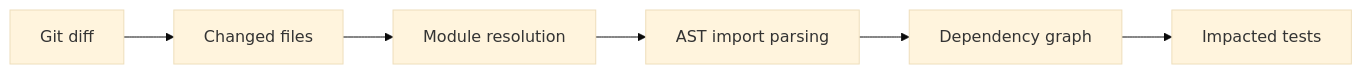
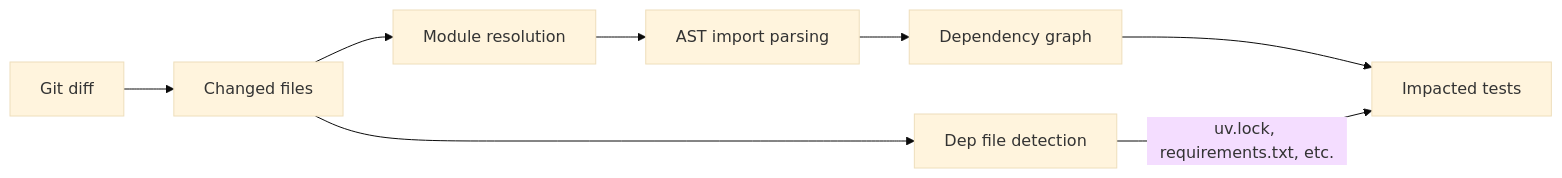
Before and after one commit to promptromp/pytest-impacted: the diagram in docs/usage.md, drawn with Mermaid (base theme). The commit also changed other lines of this file and 2 other files, not shown here.

First line of the commit message:
Fix doc references: strategy count, pipeline diagrams, config examples

````diff
--- a/docs/usage.md
+++ b/docs/usage.md
@@ -220,8 +220,10 @@
 ```mermaid
 graph LR
     A[Git diff] --> B[Changed files]
     B --> C[Module resolution]
     C --> D[AST import parsing]
     D --> E[Dependency graph]
-    E --> F[Impacted tests]
+    E --> G[Impacted tests]
+    B --> F[Dep file detection]
+    F -->|uv.lock, requirements.txt, etc.| G
 ```
````
